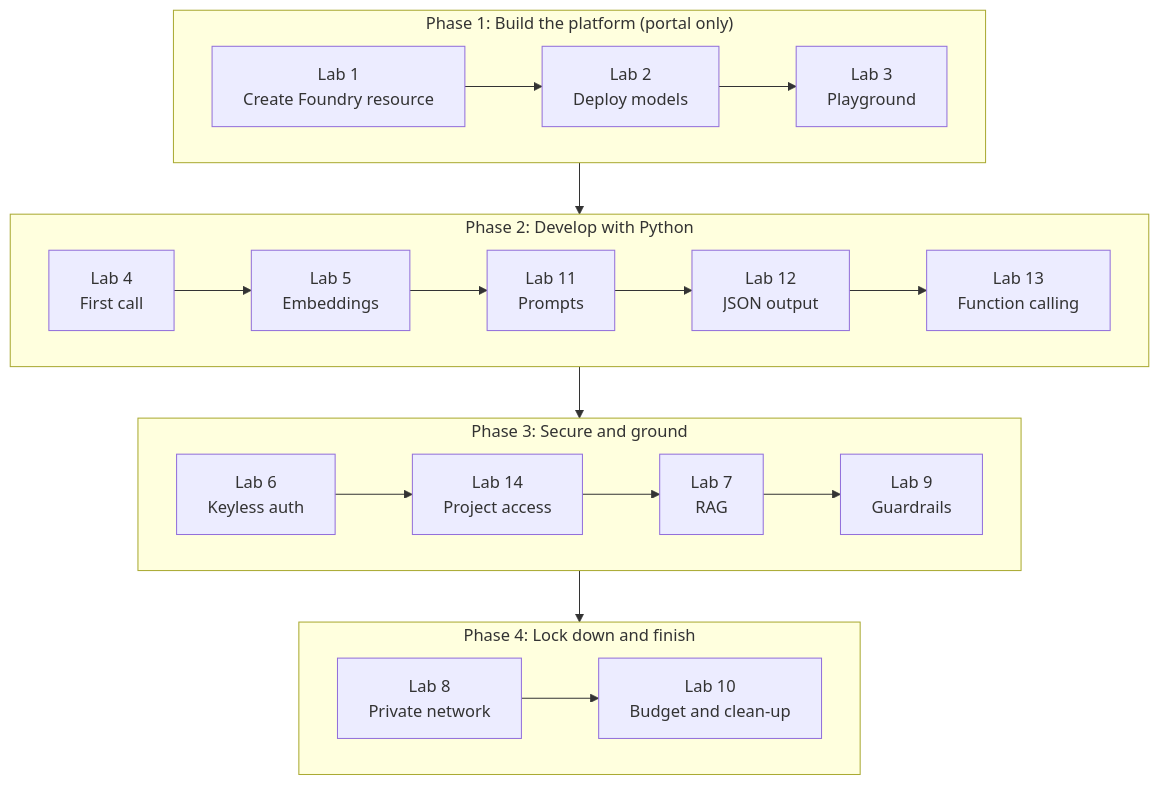
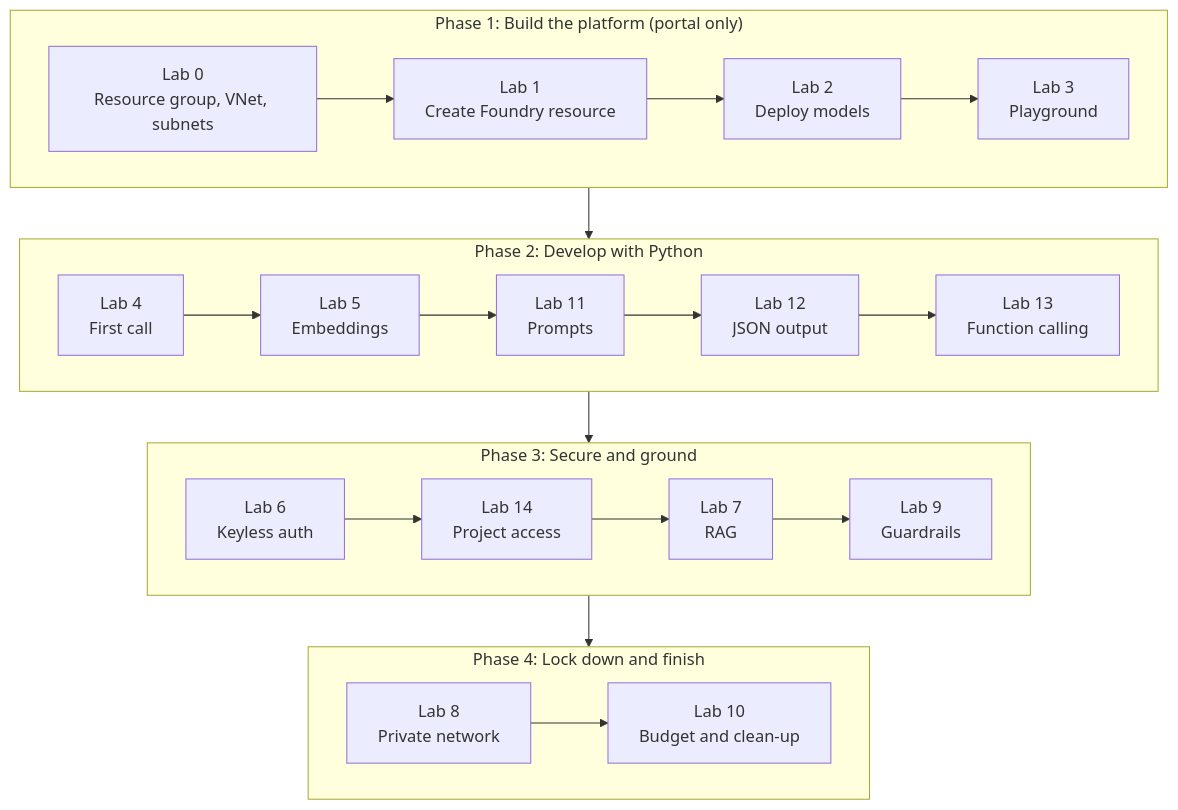
The first of 5 diagrams in genai_krishna/complete_azure_openai_guide.md (manavidcloud/ai901), drawn with Mermaid before and after one commit. The commit also changed other lines of this file, not shown here.

````diff
--- a/genai_krishna/complete_azure_openai_guide.md
+++ b/genai_krishna/complete_azure_openai_guide.md
@@ -97,20 +98,20 @@
 ```mermaid
 flowchart TD
     subgraph P1["Phase 1: Build the platform (portal only)"]
         direction LR
-        L1["Lab 1<br/>Create Foundry resource"] --> L2["Lab 2<br/>Deploy models"] --> L3["Lab 3<br/>Playground"]
+        L0["Lab 0<br/>Resource group, VNet, subnets"] --> L1["Lab 1<br/>Create Foundry resource"] --> L2["Lab 2<br/>Deploy models"] --> L3["Lab 3<br/>Playground"]
     end
     subgraph P2["Phase 2: Develop with Python"]
         direction LR
         L4["Lab 4<br/>First call"] --> L5["Lab 5<br/>Embeddings"] --> L11["Lab 11<br/>Prompts"] --> L12["Lab 12<br/>JSON output"] --> L13["Lab 13<br/>Function calling"]
     end
     subgraph P3["Phase 3: Secure and ground"]
         direction LR
         L6["Lab 6<br/>Keyless auth"] --> L14["Lab 14<br/>Project access"] --> L7["Lab 7<br/>RAG"] --> L9["Lab 9<br/>Guardrails"]
     end
     subgraph P4["Phase 4: Lock down and finish"]
         direction LR
         L8["Lab 8<br/>Private network"] --> L10["Lab 10<br/>Budget and clean-up"]
     end
     P1 --> P2 --> P3 --> P4
 ```
````
